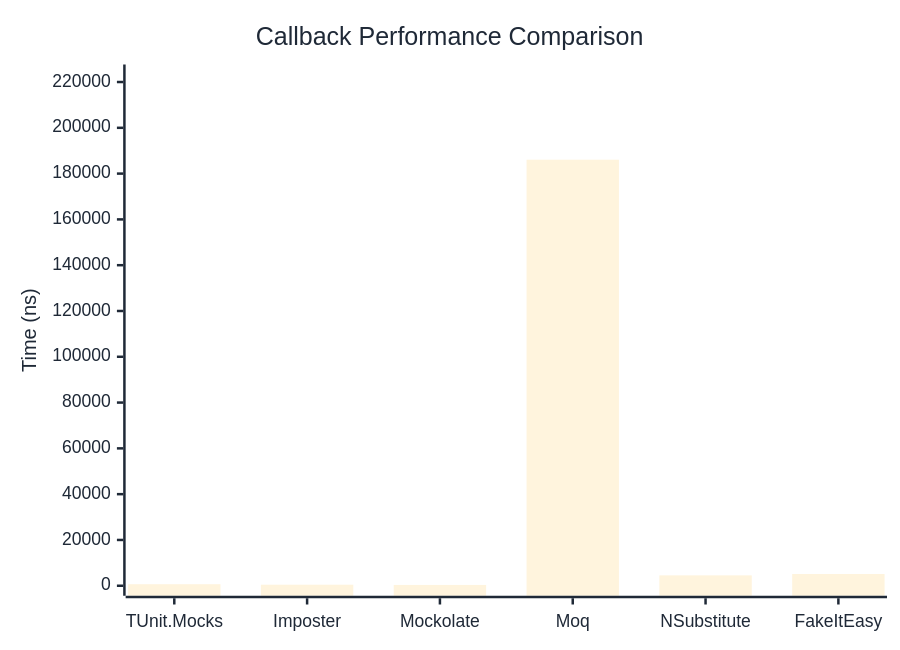
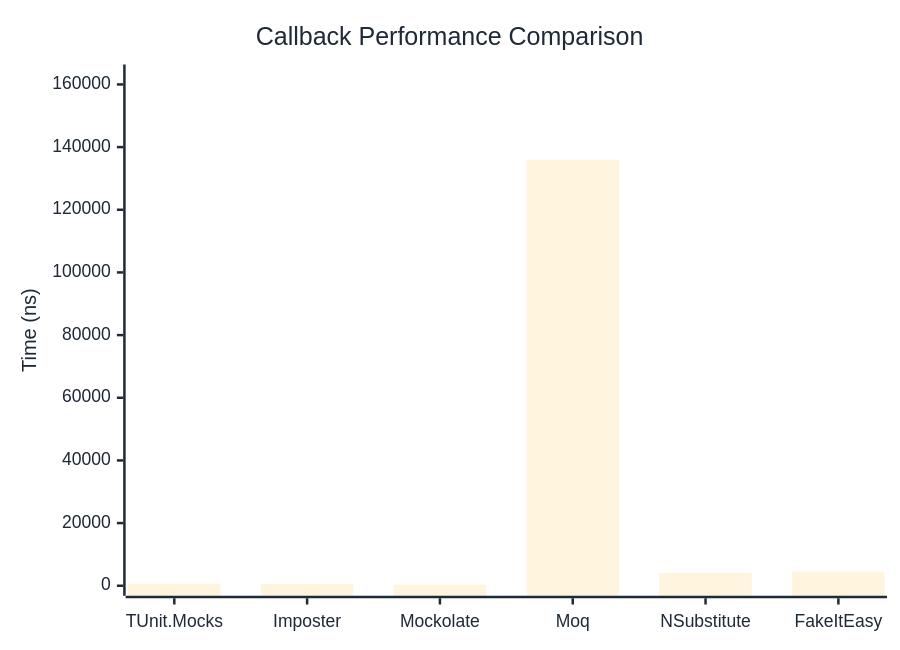
One commit to thomhurst/TUnit changed the first of 2 diagrams in docs/docs/benchmarks/mocks/Callback.md. Above: the diagram before and after it, drawn with Mermaid. The commit also changed other lines of this file and 14 other files, not shown here.

````diff
--- a/docs/docs/benchmarks/mocks/Callback.md
+++ b/docs/docs/benchmarks/mocks/Callback.md
@@ -28,27 +28,27 @@
 ```mermaid
 %%{init: {
   'theme':'base',
   'themeVariables': {
     'primaryColor': '#2563eb',
     'primaryTextColor': '#1f2937',
     'primaryBorderColor': '#1e40af',
     'lineColor': '#6b7280',
     'secondaryColor': '#7c3aed',
     'tertiaryColor': '#dc2626',
     'background': '#ffffff',
     'pie1': '#2563eb',
     'pie2': '#7c3aed',
     'pie3': '#dc2626',
     'pie4': '#f59e0b',
     'pie5': '#10b981',
     'pie6': '#06b6d4',
     'pie7': '#ec4899',
     'pie8': '#6366f1'
   }
 }}%%
 xychart-beta
   title "Callback Performance Comparison"
   x-axis ["TUnit.Mocks", "Imposter", "Mockolate", "Moq", "NSubstitute", "FakeItEasy"]
-  y-axis "Time (ns)" 0 --> 223283
-  bar [663.5, 458.6, 360.1, 186068.5, 4532.7, 5121.4]
+  y-axis "Time (ns)" 0 --> 163169
+  bar [668.2, 487.8, 346, 135973.7, 4044.3, 4499.5]
 ```
````
